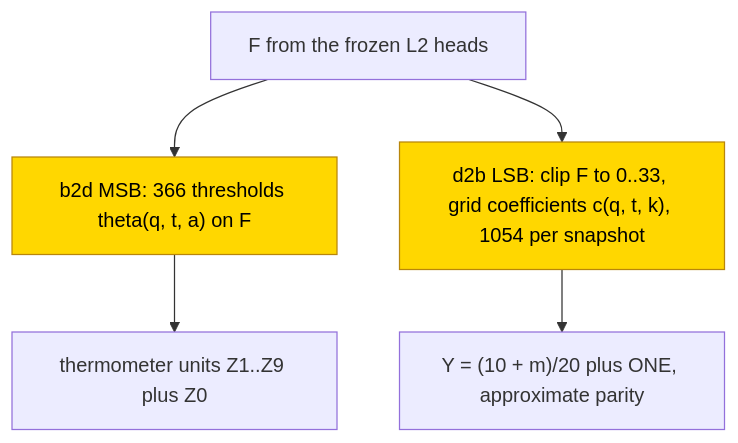
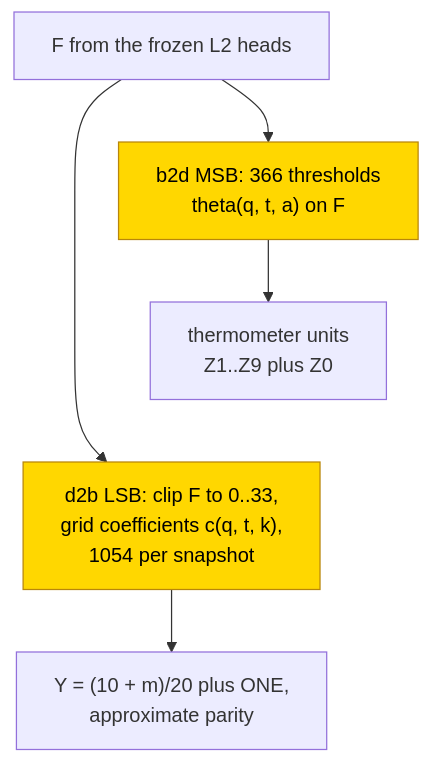
The second of 2 diagrams in entries/output-order-base-conversion.md (jc1122/mechanistic-interpretability-circuit-atlas), drawn with Mermaid before and after one commit. The commit also changed other lines of this file and 40 other files, not shown here.

First line of the commit message:
Cold-reader pass on all 41 entries: reading routes, first-screen scopes, accessible diagrams, verified headline sources (ux_reader1/2)

````diff
--- a/entries/output-order-base-conversion.md
+++ b/entries/output-order-base-conversion.md
@@ -225,9 +230,13 @@
 ```mermaid
 flowchart TD
-    F["F from the frozen L2 heads"] --> TH["b2d MSB: 366 thresholds theta(q, t, a) on F"]
-    TH --> Z["thermometer units Z1..Z9 plus Z0"]
-    F --> SP["d2b LSB: clip F to 0..33, grid coefficients c(q, t, k), 1054 per snapshot"]
-    SP --> Y["Y = (10 + m)/20 plus ONE, approximate parity"]
+    accTitle: Partly trained threshold and imperfect parity substitutes
+    accDescr: Frozen heads supply F to learned thresholds for binary-to-decimal largest-place-first output or a piecewise-linear imperfect-parity response for decimal-to-binary units-first output. Marked thresholds and spline are trained. These local partial substitutes preserve native errors; the complement is untested.
+    F["F from the frozen L2 heads"] --> TH["b2d MSB: 366 thresholds<br/>theta(q, t, a) on F"]
+    TH --> Z["thermometer units<br/>Z1..Z9 plus Z0"]
+    F --> SP["d2b LSB: clip F to 0..33,<br/>grid coefficients c(q, t, k),<br/>1054 per snapshot"]
+    SP --> Y["Y = (10 + m)/20 plus ONE,<br/>approximate parity"]
+    %% Invisible link stacks alternatives; it is not a computational path.
+    Z ~~~ SP
     classDef trained fill:gold,stroke:darkgoldenrod,color:black
     class TH,SP trained
 ```
````
